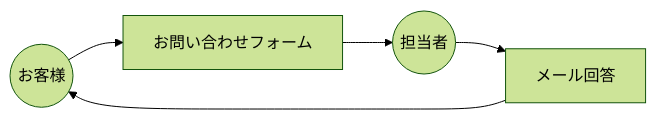
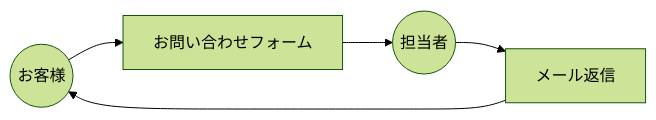
Before and after one commit to akiueno/llm-app-evals-book: the first of 5 diagrams in starter/docs/spec.md, drawn with Mermaid (forest theme). The commit also changed other lines of this file and 24 other files, not shown here.

````diff
--- a/starter/docs/spec.md
+++ b/starter/docs/spec.md
@@ -77,12 +77,12 @@
 ```mermaid
 flowchart LR
   A((お客様))
   B[お問い合わせフォーム]
   C((担当者))
-  D[メール回答]
+  D[メール返信]
 
   A --> B
   B --> C
   C --> D
   D --> A
 ```
````
